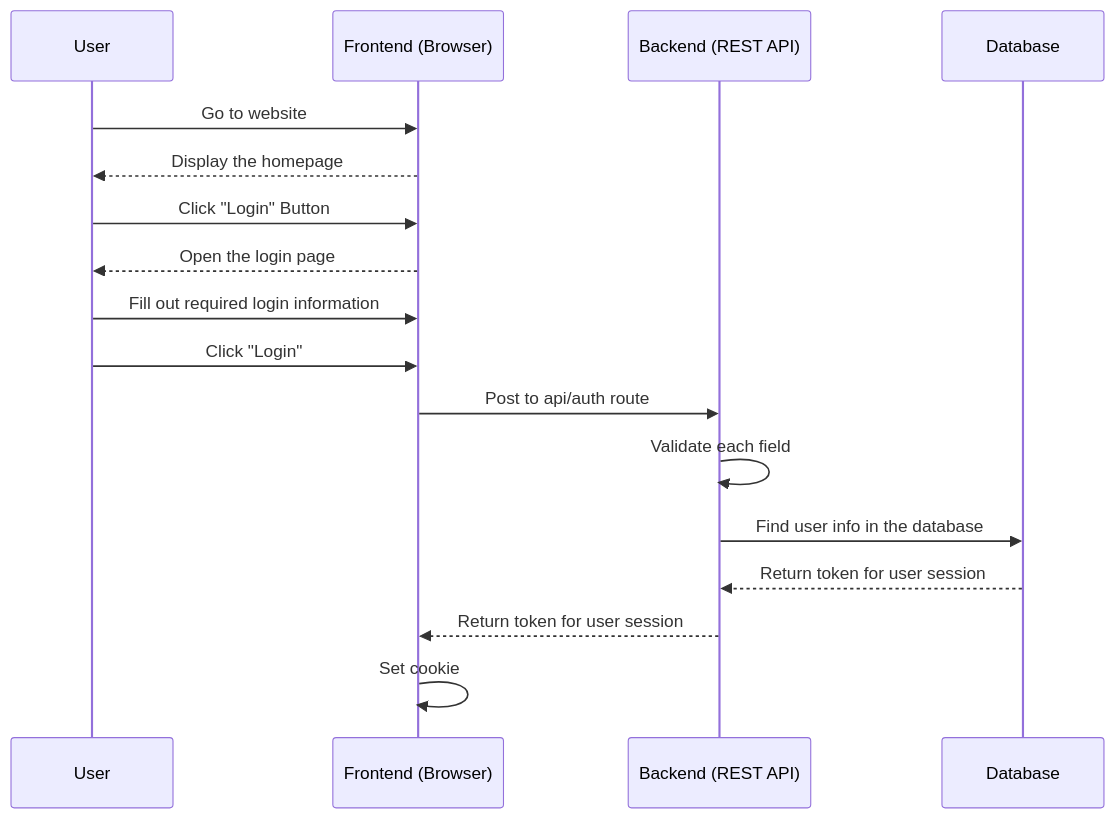
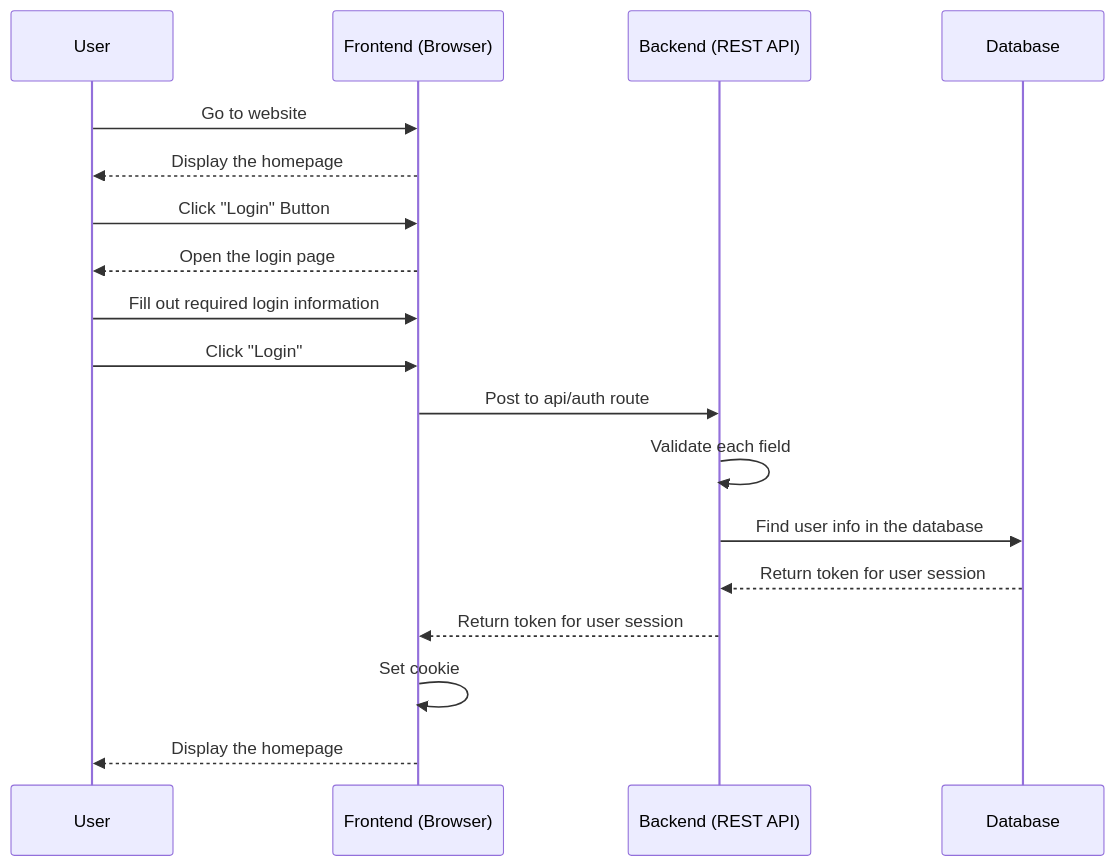
Before and after one commit to hwbit/PrepPal: the diagram in documentation/sequence-diagrams/login.md, drawn with Mermaid. The commit also changed 1 other file, not shown here.

Commit message:
updated login and signup diagram

````diff
--- a/documentation/sequence-diagrams/login.md
+++ b/documentation/sequence-diagrams/login.md
@@ -1,15 +1,16 @@
 ```mermaid
 sequenceDiagram
     User->>Frontend (Browser): Go to website
     Frontend (Browser)-->>User: Display the homepage
     User->>Frontend (Browser): Click "Login" Button
     Frontend (Browser)-->>User: Open the login page
     User->>Frontend (Browser): Fill out required login information
     User->>Frontend (Browser): Click "Login"
     Frontend (Browser)->>Backend (REST API): Post to api/auth route
     Backend (REST API)->>Backend (REST API): Validate each field
     Backend (REST API)->>Database: Find user info in the database
     Database-->>Backend (REST API): Return token for user session
     Backend (REST API)-->>Frontend (Browser): Return token for user session
     Frontend (Browser)->>Frontend (Browser): Set cookie
+    Frontend (Browser)-->>User: Display the homepage
 ```
````
